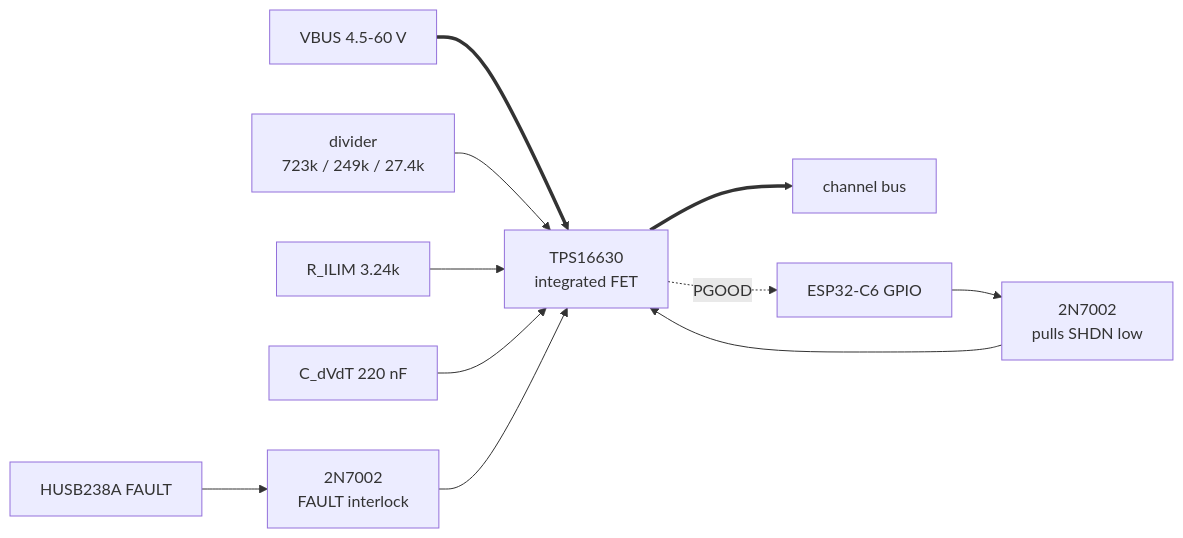
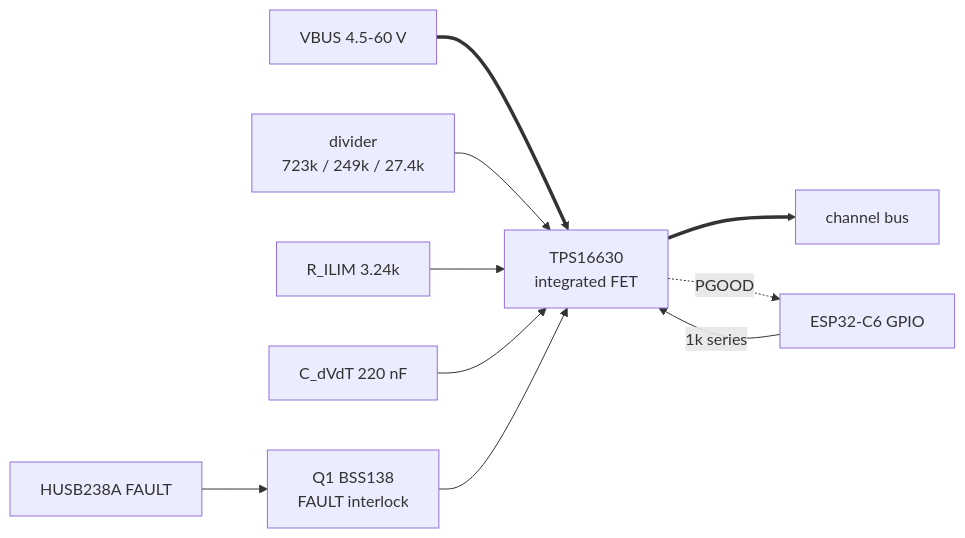
The fourth of 4 diagrams in designs/led-matrix-controller/README.md (lucsoft/pcb-design), drawn with Mermaid before and after one commit. The commit also changed other lines of this file and 5 other files, not shown here.

````diff
--- a/designs/led-matrix-controller/README.md
+++ b/designs/led-matrix-controller/README.md
@@ -690,13 +688,12 @@
 ```mermaid
 flowchart LR
   VBUS[VBUS 4.5-60 V] ==> U["TPS16630<br/>integrated FET"]
   U ==> OUTN[channel bus]
   DIV["divider<br/>723k / 249k / 27.4k"] --> U
   RIL["R_ILIM 3.24k"] --> U
   CDV["C_dVdT 220 nF"] --> U
-  MCU[ESP32-C6 GPIO] --> QE["2N7002<br/>pulls SHDN low"]
-  FLT[HUSB238A FAULT] --> QF["2N7002<br/>FAULT interlock"]
-  QE --> U
+  MCU[ESP32-C6 GPIO] -->|"1k series"| U
+  FLT[HUSB238A FAULT] --> QF["Q1 BSS138<br/>FAULT interlock"]
   QF --> U
   U -. PGOOD .-> MCU
 ```
````
